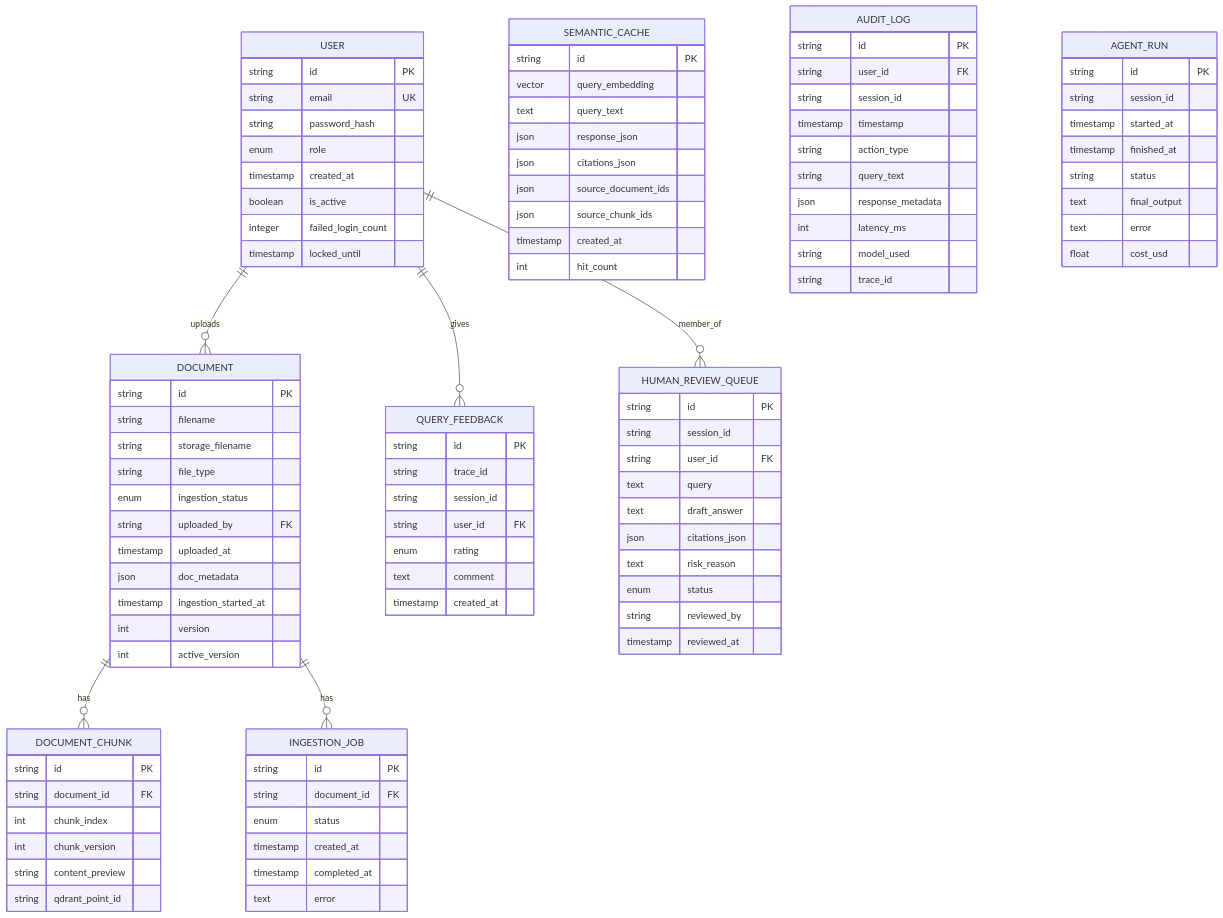
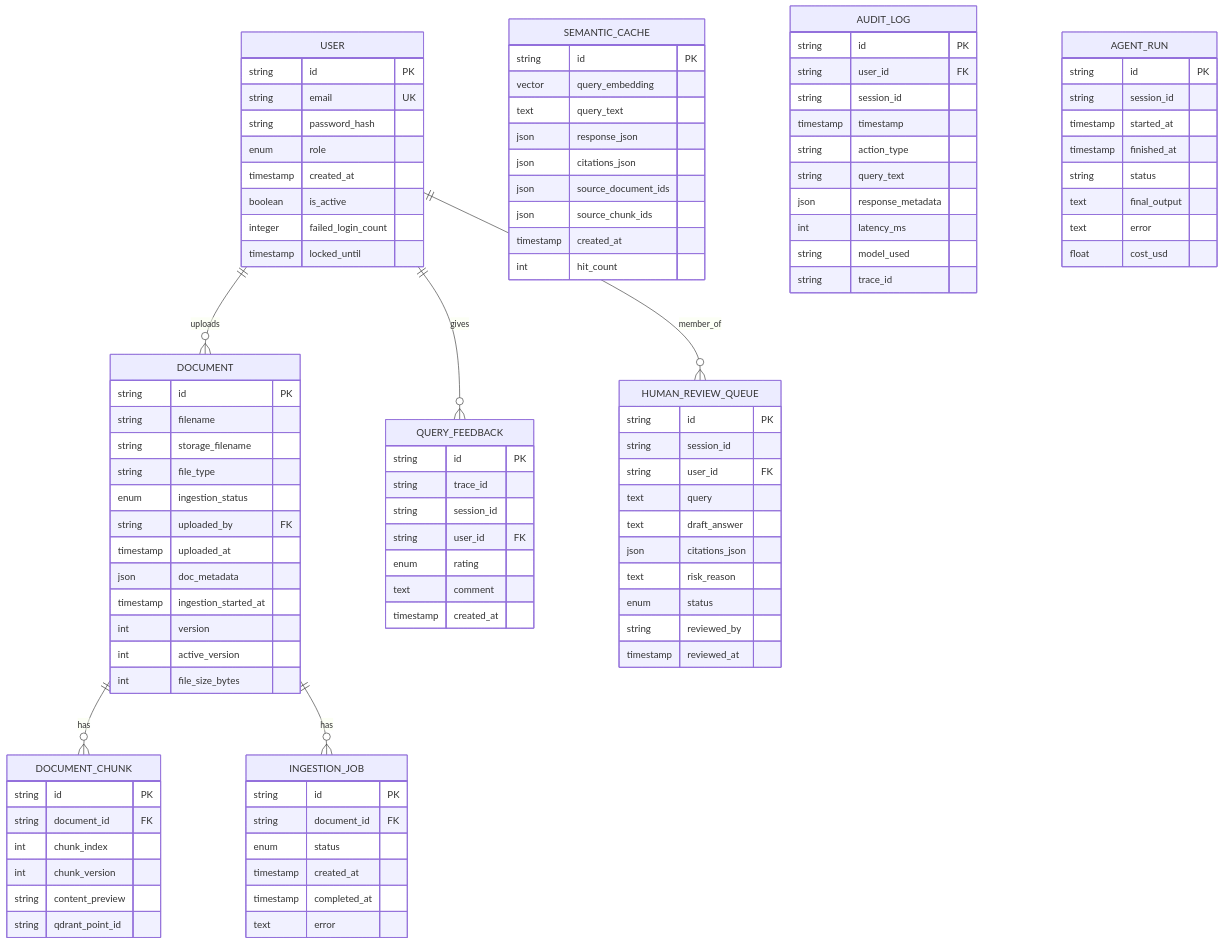
Before and after one commit to genes8/private-ai: the seventh of 7 diagrams in .qoder/repowiki/en/content/Backend Development/API Endpoints/Admin Endpoints.md, drawn with Mermaid. The commit also changed other lines of this file and 55 other files, not shown here.

```diff
--- a/.qoder/repowiki/en/content/Backend Development/API Endpoints/Admin Endpoints.md
+++ b/.qoder/repowiki/en/content/Backend Development/API Endpoints/Admin Endpoints.md
@@ -501,6 +577,7 @@
 timestamp ingestion_started_at
 int version
 int active_version
+int file_size_bytes
 }
 DOCUMENT_CHUNK {
 string id PK
```
